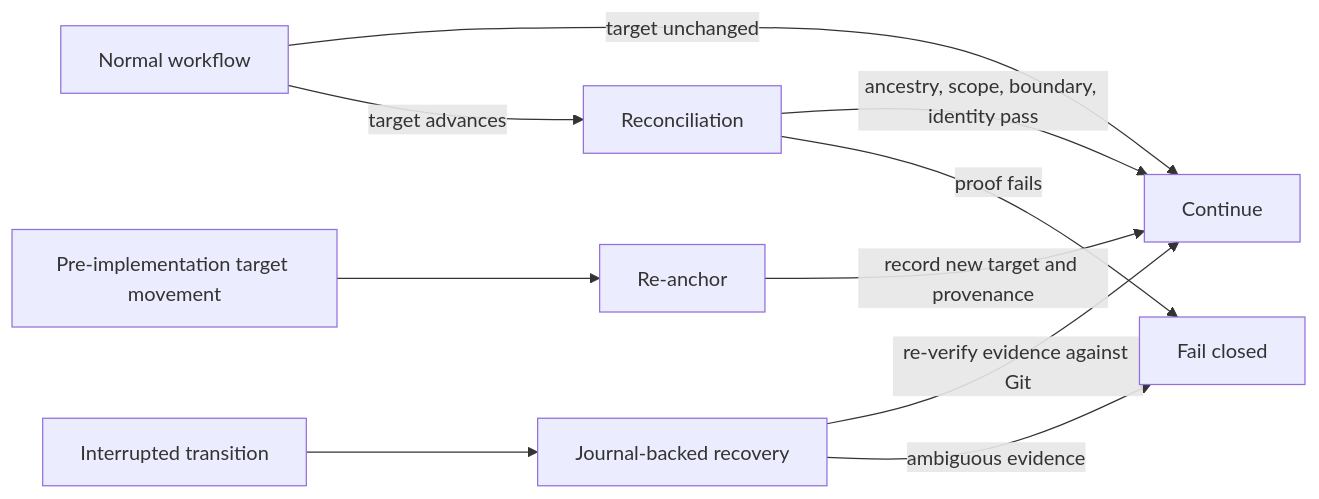
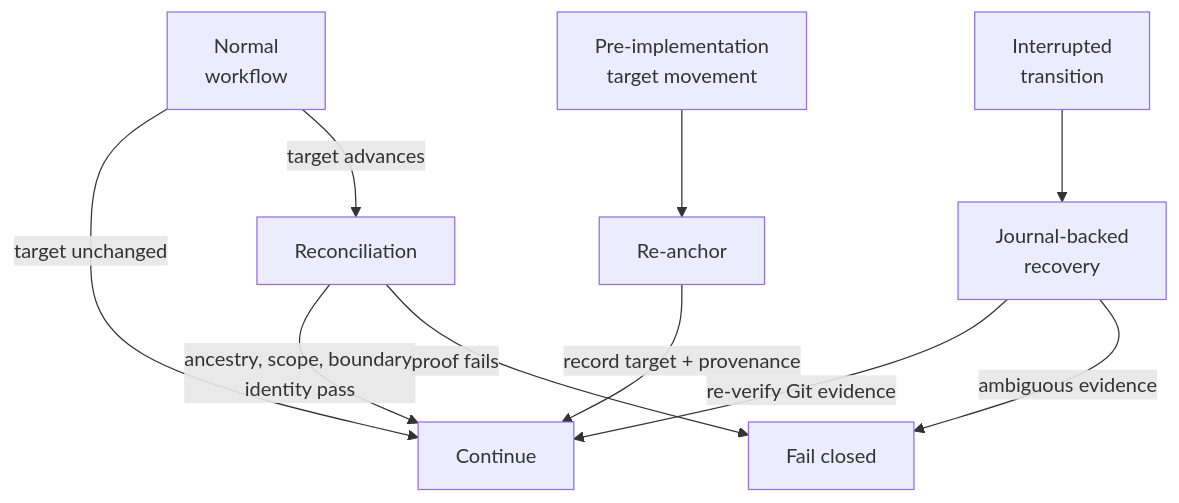
The fourth of 5 diagrams in docs/engineering/agent-workflow-architecture.md (NathanZK/Fidenaut), drawn with Mermaid before and after one commit. The commit also changed other lines of this file, not shown here.

Commit message:
Fix issue #305: Resolve overlapping and clipped Mermaid labels

````diff
--- a/docs/engineering/agent-workflow-architecture.md
+++ b/docs/engineering/agent-workflow-architecture.md
@@ -123,12 +123,12 @@
 ```mermaid
-flowchart LR
-    N[Normal workflow] -->|target unchanged| P[Continue]
+flowchart TB
+    N[Normal<br/>workflow] -->|target unchanged| P[Continue]
     N -->|target advances| Q[Reconciliation]
-    Q -->|ancestry, scope, boundary, identity pass| P
+    Q -->|ancestry, scope, boundary,<br/>identity pass| P
     Q -->|proof fails| F[Fail closed]
-    A[Pre-implementation target movement] --> R[Re-anchor]
-    R -->|record new target and provenance| P
-    J[Interrupted transition] --> E[Journal-backed recovery]
-    E -->|re-verify evidence against Git| P
+    A[Pre-implementation<br/>target movement] --> R[Re-anchor]
+    R -->|record target + provenance| P
+    J[Interrupted<br/>transition] --> E[Journal-backed<br/>recovery]
+    E -->|re-verify Git evidence| P
     E -->|ambiguous evidence| F
 ```
````
